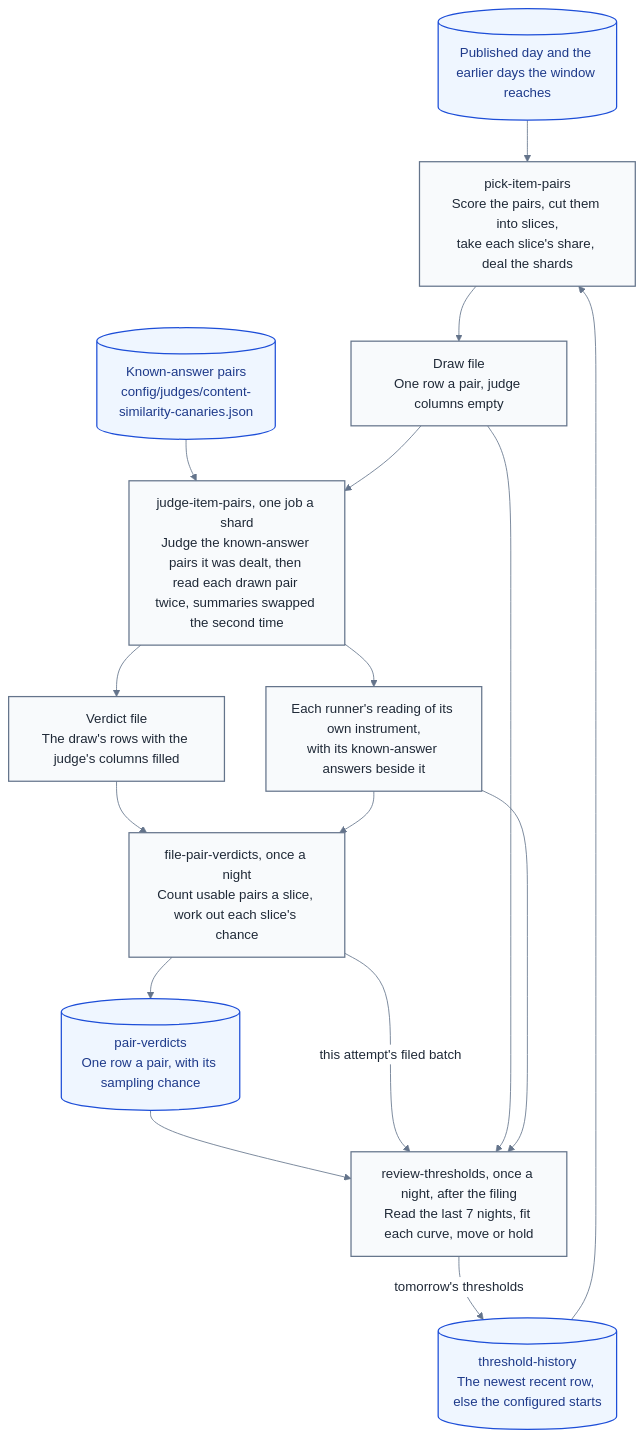
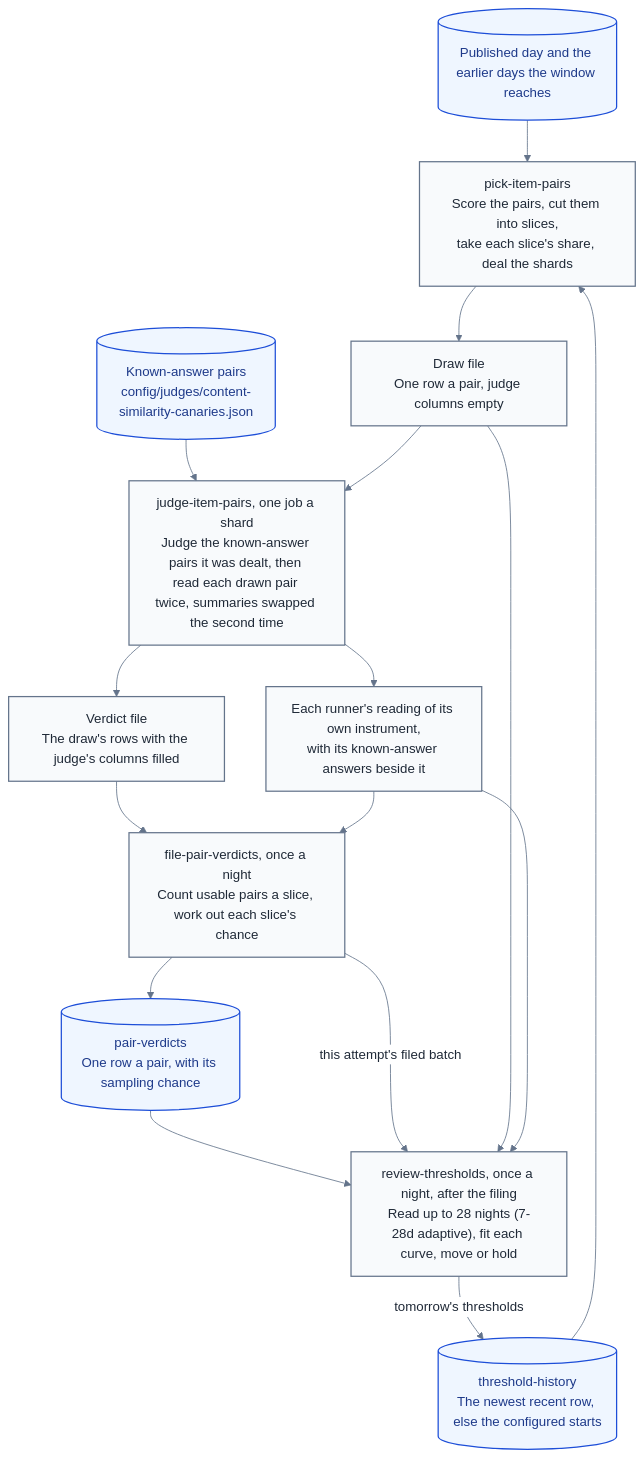
One commit to miztiik/yen-idhazh changed the diagram in docs/architecture/publishing/how-the-content-similarity-judge-follows-its-thresholds.md. Above: the diagram before and after it, drawn with Mermaid. The commit also changed other lines of this file and 22 other files, not shown here.

````diff
--- a/docs/architecture/publishing/how-the-content-similarity-judge-follows-its-thresholds.md
+++ b/docs/architecture/publishing/how-the-content-similarity-judge-follows-its-thresholds.md
@@ -65,24 +66,24 @@
 ```mermaid
 %%{init: {"theme": "base", "themeVariables": {"fontFamily": "sans-serif", "primaryColor": "#f8fafc", "primaryTextColor": "#1f2937", "primaryBorderColor": "#64748b", "lineColor": "#64748b", "textColor": "#1f2937", "clusterBkg": "#f8fafc", "clusterBorder": "#94a3b8", "edgeLabelBackground": "#ffffff"}}}%%
 flowchart TD
   DAY[("Published day and the earlier days the window reaches")] --> PICK["pick-item-pairs<br/>Score the pairs, cut them into slices,<br/>take each slice's share, deal the shards"]
   HIST[("threshold-history<br/>The newest recent row, else the configured starts")] --> PICK
   PICK --> DRAW["Draw file<br/>One row a pair, judge columns empty"]
   KNOWN[("Known-answer pairs<br/>config/judges/content-similarity-canaries.json")] --> JUDGE
   DRAW --> JUDGE["judge-item-pairs, one job a shard<br/>Judge the known-answer pairs it was dealt, then read each drawn pair twice, summaries swapped the second time"]
   JUDGE --> VERDICTS["Verdict file<br/>The draw's rows with the judge's columns filled"]
   VERDICTS --> FILE["file-pair-verdicts, once a night<br/>Count usable pairs a slice, work out each slice's chance"]
   FILE --> LEDGER[("pair-verdicts<br/>One row a pair, with its sampling chance")]
   JUDGE --> READING["Each runner's reading of its own instrument,<br/>with its known-answer answers beside it"]
   READING --> FILE
-  LEDGER --> REVIEW["review-thresholds, once a night, after the filing<br/>Read the last 7 nights, fit each curve, move or hold"]
+  LEDGER --> REVIEW["review-thresholds, once a night, after the filing<br/>Read up to 28 nights (7-28d adaptive), fit each curve, move or hold"]
   FILE -->|"this attempt's filed batch"| REVIEW
   DRAW --> REVIEW
   READING --> REVIEW
   REVIEW -->|"tomorrow's thresholds"| HIST
 
   classDef stage fill:#f8fafc,stroke:#64748b,stroke-width:1.5px,color:#1f2937;
   classDef ledger fill:#eff6ff,stroke:#1d4ed8,stroke-width:1.5px,color:#1e3a8a;
   class PICK,JUDGE,FILE,REVIEW,DRAW,VERDICTS,READING stage;
   class DAY,HIST,LEDGER,KNOWN ledger;
 ```
````
